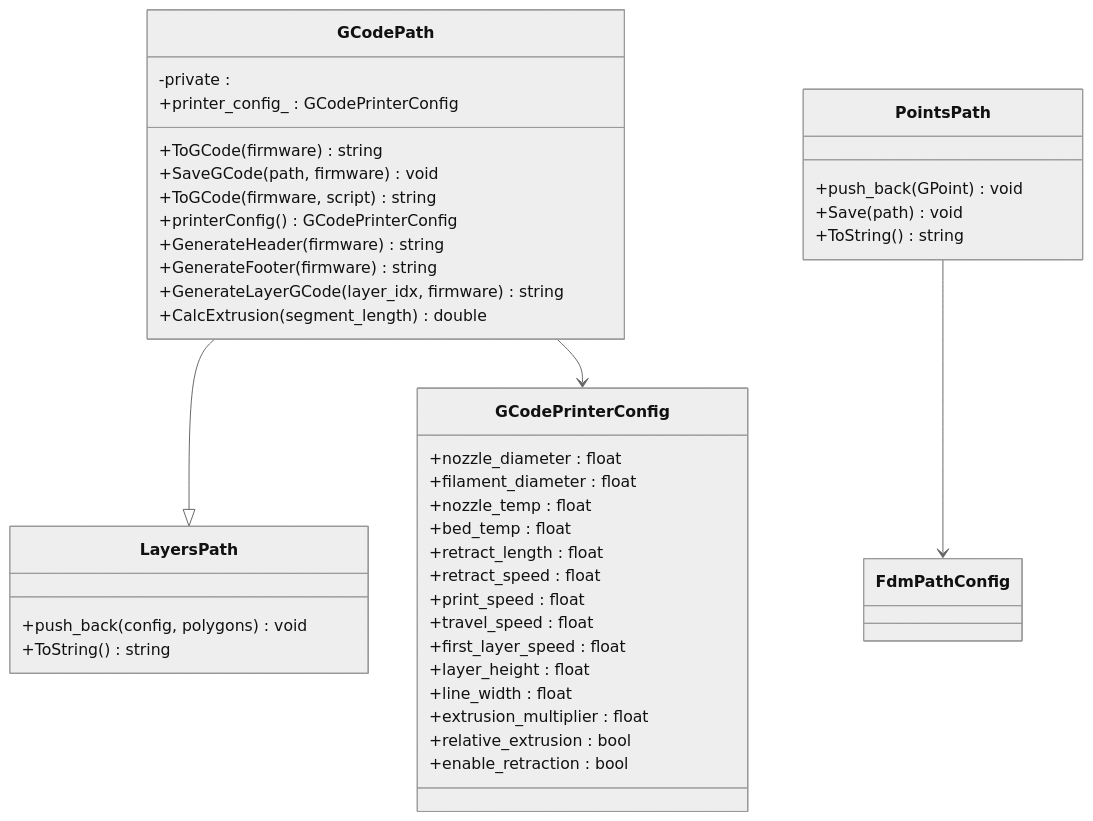
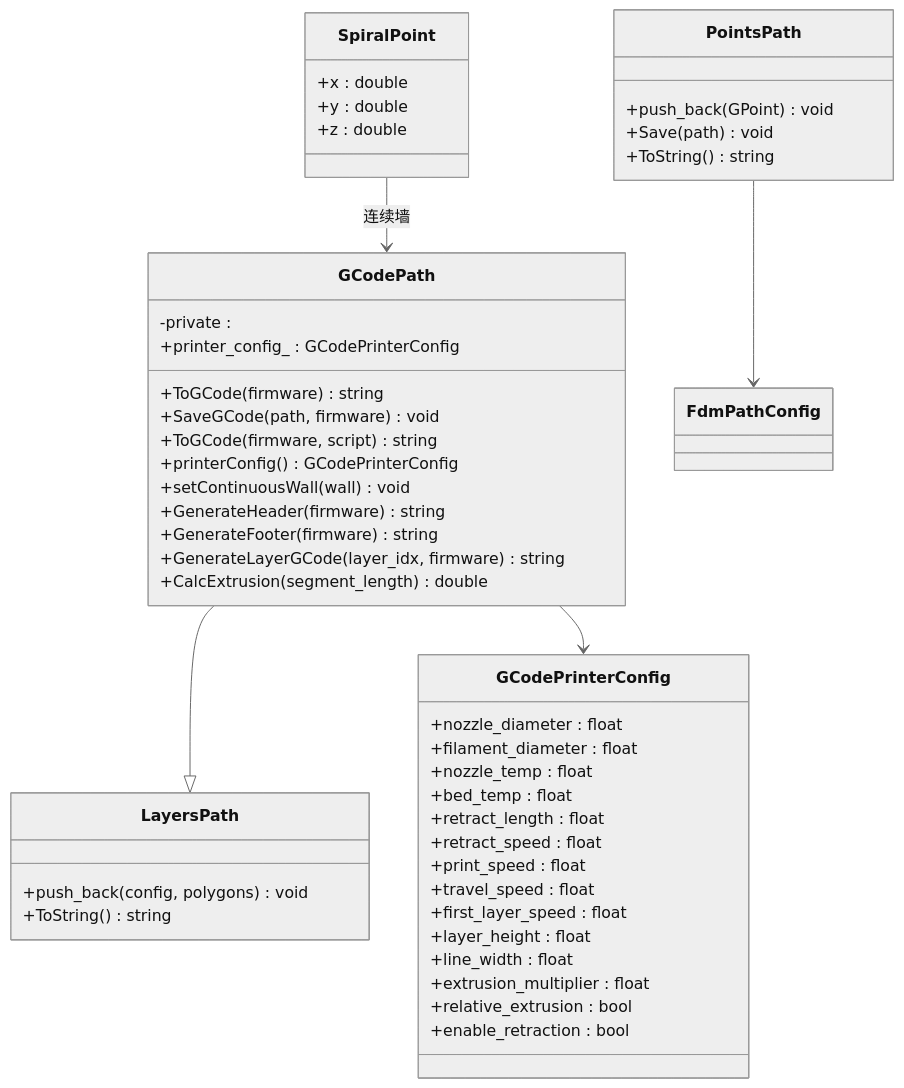
Before and after one commit to hsmbanlance/HsBaSlicer: diagram 12 of 15 in .qoder/repowiki/zh/content/核心模块详解/FDM打印流水线.md, drawn with Mermaid (neutral theme). The commit also changed other lines of this file and 20 other files, not shown here.

````diff
--- a/.qoder/repowiki/zh/content/核心模块详解/FDM打印流水线.md
+++ b/.qoder/repowiki/zh/content/核心模块详解/FDM打印流水线.md
@@ -414,43 +642,50 @@
 ```mermaid
 classDiagram
 class GCodePath {
 +ToGCode(firmware) string
 +SaveGCode(path, firmware) void
 +ToGCode(firmware, script) string
 +printerConfig() GCodePrinterConfig
++setContinuousWall(wall) void
 -private :
 +GenerateHeader(firmware) string
 +GenerateFooter(firmware) string
 +GenerateLayerGCode(layer_idx, firmware) string
 +CalcExtrusion(segment_length) double
 +printer_config_ : GCodePrinterConfig
 }
 class LayersPath {
 +push_back(config, polygons) void
 +ToString() string
 }
 class PointsPath {
 +push_back(GPoint) void
 +Save(path) void
 +ToString() string
 }
 class GCodePrinterConfig {
 +nozzle_diameter : float
 +filament_diameter : float
 +nozzle_temp : float
 +bed_temp : float
 +retract_length : float
 +retract_speed : float
 +print_speed : float
 +travel_speed : float
 +first_layer_speed : float
 +layer_height : float
 +line_width : float
 +extrusion_multiplier : float
 +relative_extrusion : bool
 +enable_retraction : bool
 }
+class SpiralPoint {
++x : double
++y : double
++z : double
+}
 GCodePath --|> LayersPath
 GCodePath --> GCodePrinterConfig
 PointsPath --> FdmPathConfig
+SpiralPoint --> GCodePath : 连续墙
 ```
````
